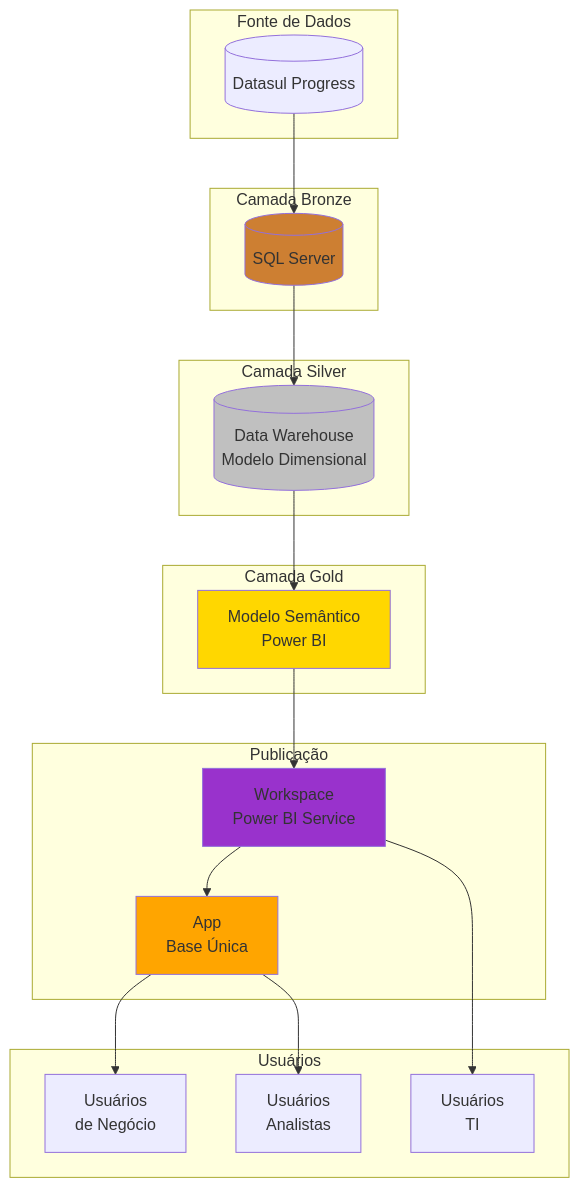
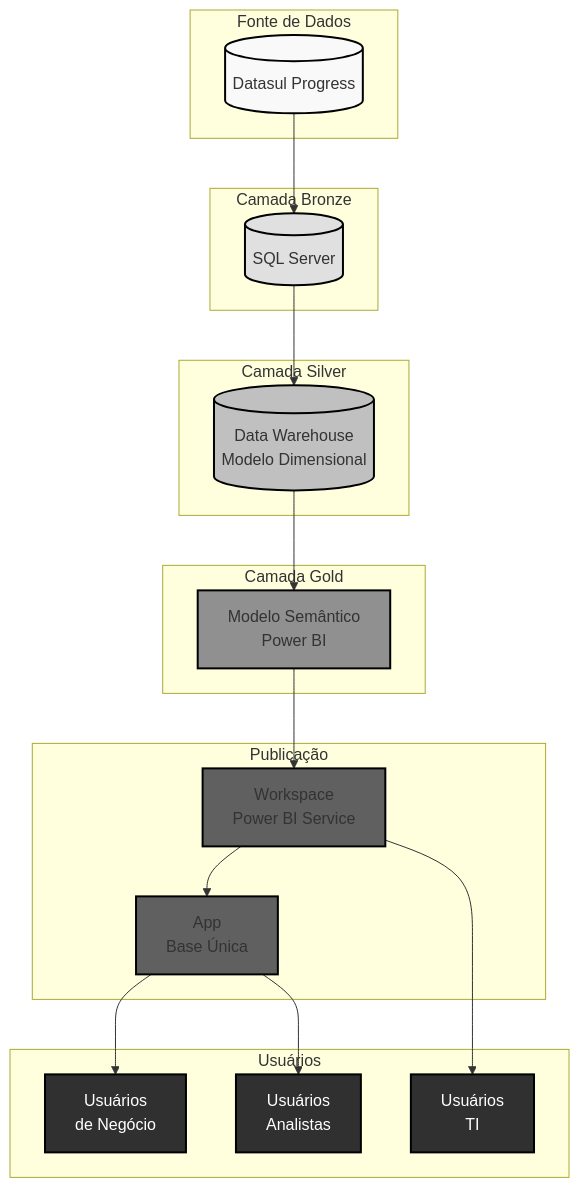
Before and after one commit to e-plo/nxs-powerbi: the diagram in docs/nxs-governance-pbi.md, drawn with Mermaid. The commit also changed other lines of this file, not shown here.

Commit message:
docs: update Power BI governance documentation
- Add documentation summary with navigation links
- Update architecture diagram with high-contrast grayscale theme
- Improve accessibility and readability
- Maintain existing documentation structure

````diff
--- a/docs/nxs-governance-pbi.md
+++ b/docs/nxs-governance-pbi.md
@@ -5,42 +16,51 @@
 ```mermaid
 flowchart TD
+    %% High contrast grayscale theme
+    classDef source fill:#f9f9f9,stroke:#000000,stroke-width:2px
+    classDef bronze fill:#e0e0e0,stroke:#000000,stroke-width:2px
+    classDef silver fill:#c0c0c0,stroke:#000000,stroke-width:2px
+    classDef gold fill:#909090,stroke:#000000,stroke-width:2px
+    classDef publish fill:#606060,stroke:#000000,stroke-width:2px
+    classDef users fill:#303030,stroke:#000000,stroke-width:2px,color:#ffffff
+
     subgraph Fonte["Fonte de Dados"]
         DS[(Datasul Progress)]
+        class DS source
     end
 
     subgraph Bronze["Camada Bronze"]
         SQLServer[(SQL Server)]
-        style SQLServer fill:#cd7f32
+        class SQLServer bronze
         DS --> SQLServer
     end
 
     subgraph Silver["Camada Silver"]
         DW[("Data Warehouse\nModelo Dimensional")]
-        style DW fill:#c0c0c0
+        class DW silver
         SQLServer --> DW
     end
 
     subgraph Gold["Camada Gold"]
         SM["Modelo Semântico\nPower BI"]
-        style SM fill:#ffd700
+        class SM gold
         DW --> SM
     end
 
     subgraph Publicacao["Publicação"]
         WS["Workspace\nPower BI Service"]
         APP["App\nBase Única"]
-        style WS fill:#9932cc
-        style APP fill:#ffa500
+        class WS,APP publish
         SM --> WS
         WS --> APP
     end
 
     subgraph Usuarios["Usuários"]
         UN["Usuários\nde Negócio"]
         UA["Usuários\nAnalistas"]
         UT["Usuários\nTI"]
+        class UN,UA,UT users
         APP --> UN
         APP --> UA
         WS --> UT
     end
 ```
````
